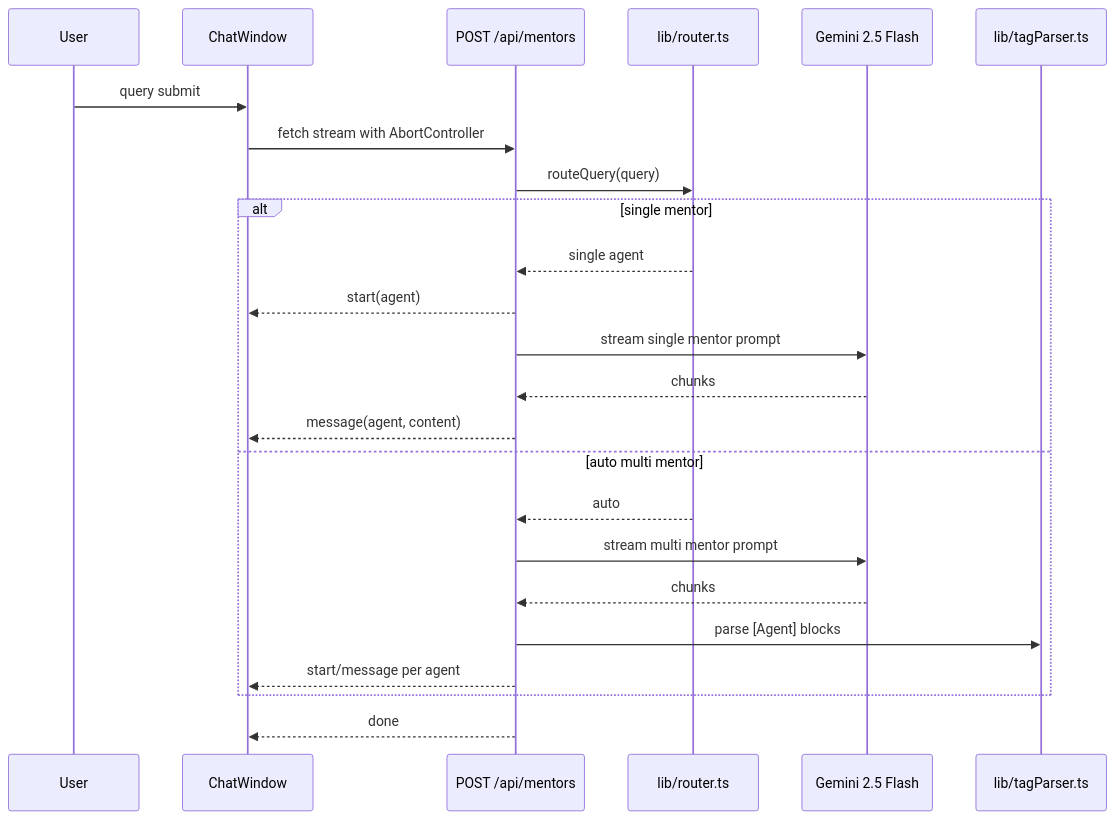
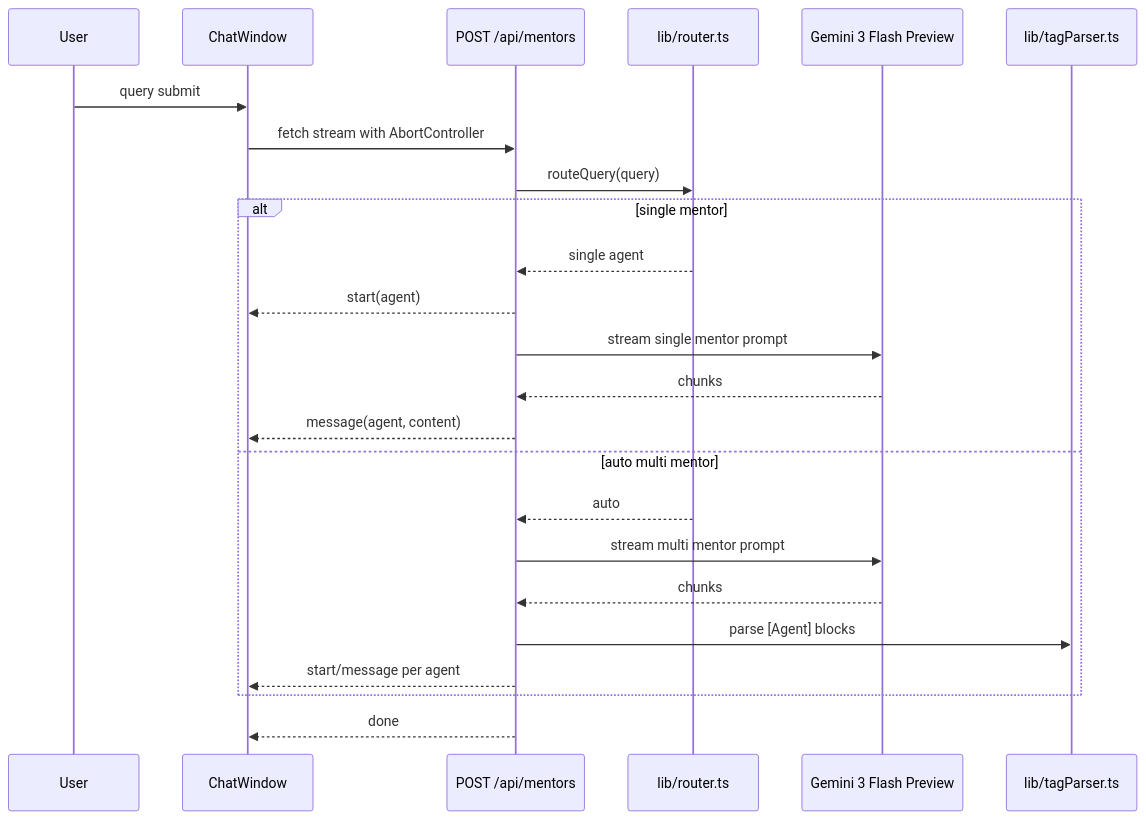
One commit to woongs2021/Triad-ai-agent-project changed the diagram in .cursor/plans/phase2-gemini-streaming.plan.md. Above: the diagram before and after it, drawn with Mermaid. The commit also changed other lines of this file and 26 other files, not shown here.

````diff
--- a/.cursor/plans/phase2-gemini-streaming.plan.md
+++ b/.cursor/plans/phase2-gemini-streaming.plan.md
@@ -53,27 +70,27 @@
 ```mermaid
 sequenceDiagram
     participant User
     participant ChatWindow
     participant ApiRoute as POST /api/mentors
     participant Router as lib/router.ts
-    participant Gemini as Gemini 2.5 Flash
+    participant Gemini as Gemini 3 Flash Preview
     participant Parser as lib/tagParser.ts
 
     User->>ChatWindow: query submit
     ChatWindow->>ApiRoute: fetch stream with AbortController
     ApiRoute->>Router: routeQuery(query)
     alt single mentor
         Router-->>ApiRoute: single agent
         ApiRoute-->>ChatWindow: start(agent)
         ApiRoute->>Gemini: stream single mentor prompt
         Gemini-->>ApiRoute: chunks
         ApiRoute-->>ChatWindow: message(agent, content)
     else auto multi mentor
         Router-->>ApiRoute: auto
         ApiRoute->>Gemini: stream multi mentor prompt
         Gemini-->>ApiRoute: chunks
         ApiRoute->>Parser: parse [Agent] blocks
         ApiRoute-->>ChatWindow: start/message per agent
     end
     ApiRoute-->>ChatWindow: done
 ```
````
